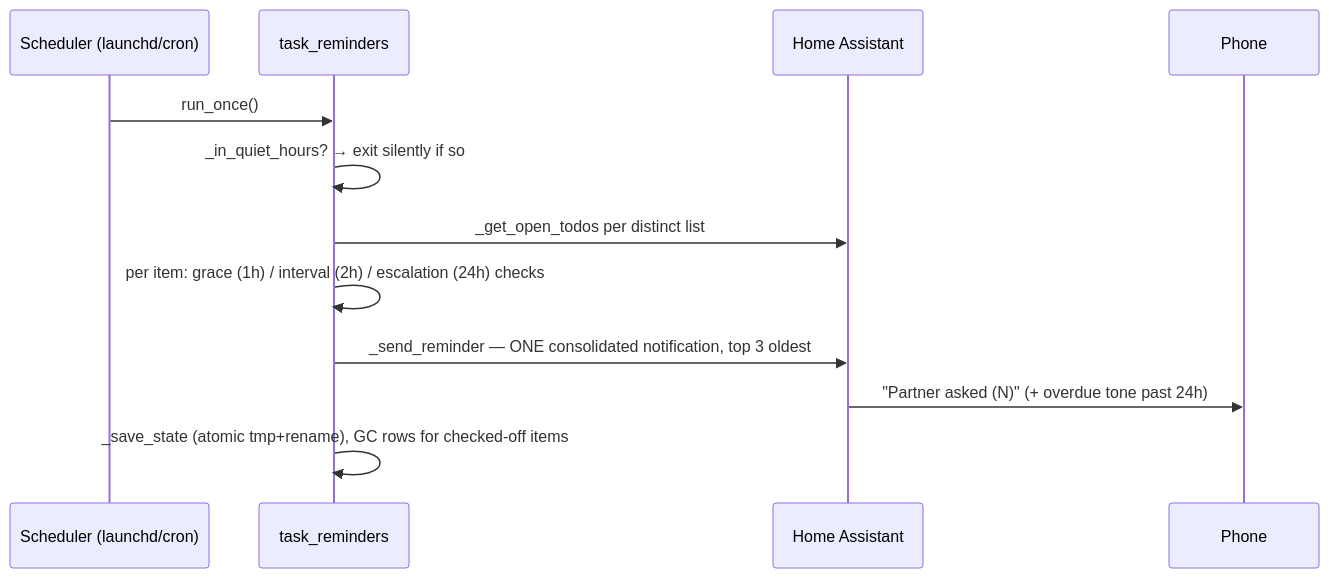
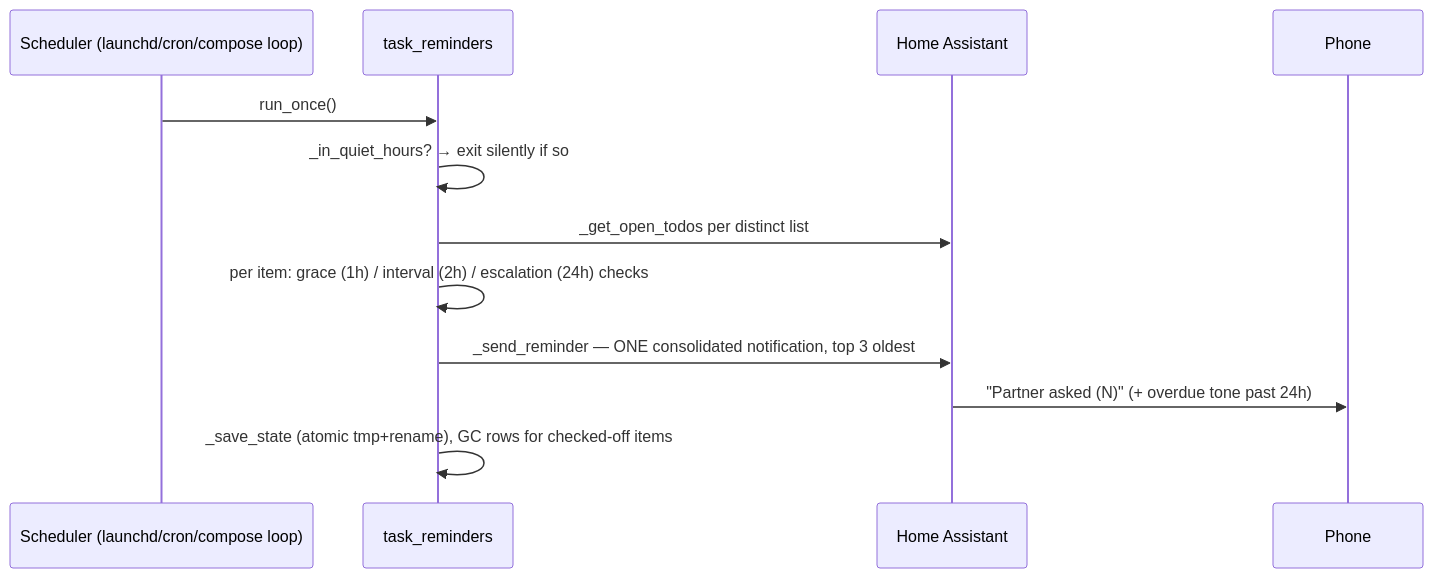
The second of 2 diagrams in docs/architecture/06-runtime.md (danaghili/whatsapp-task-pipeline), drawn with Mermaid before and after one commit. The commit also changed other lines of this file and 36 other files, not shown here.

````diff
--- a/docs/architecture/06-runtime.md
+++ b/docs/architecture/06-runtime.md
@@ -39,15 +46,15 @@
 ```mermaid
 sequenceDiagram
-    participant S as Scheduler (launchd/cron)
+    participant S as Scheduler (launchd/cron/compose loop)
     participant TR as task_reminders
     participant HA as Home Assistant
-    participant P as Phone
+    participant Ph as Phone
 
     S->>TR: run_once()
     TR->>TR: _in_quiet_hours? → exit silently if so
     TR->>HA: _get_open_todos per distinct list
     TR->>TR: per item: grace (1h) / interval (2h) / escalation (24h) checks
     TR->>HA: _send_reminder — ONE consolidated notification, top 3 oldest
-    HA->>P: "Partner asked (N)" (+ overdue tone past 24h)
+    HA->>Ph: "Partner asked (N)" (+ overdue tone past 24h)
     TR->>TR: _save_state (atomic tmp+rename), GC rows for checked-off items
 ```
````
